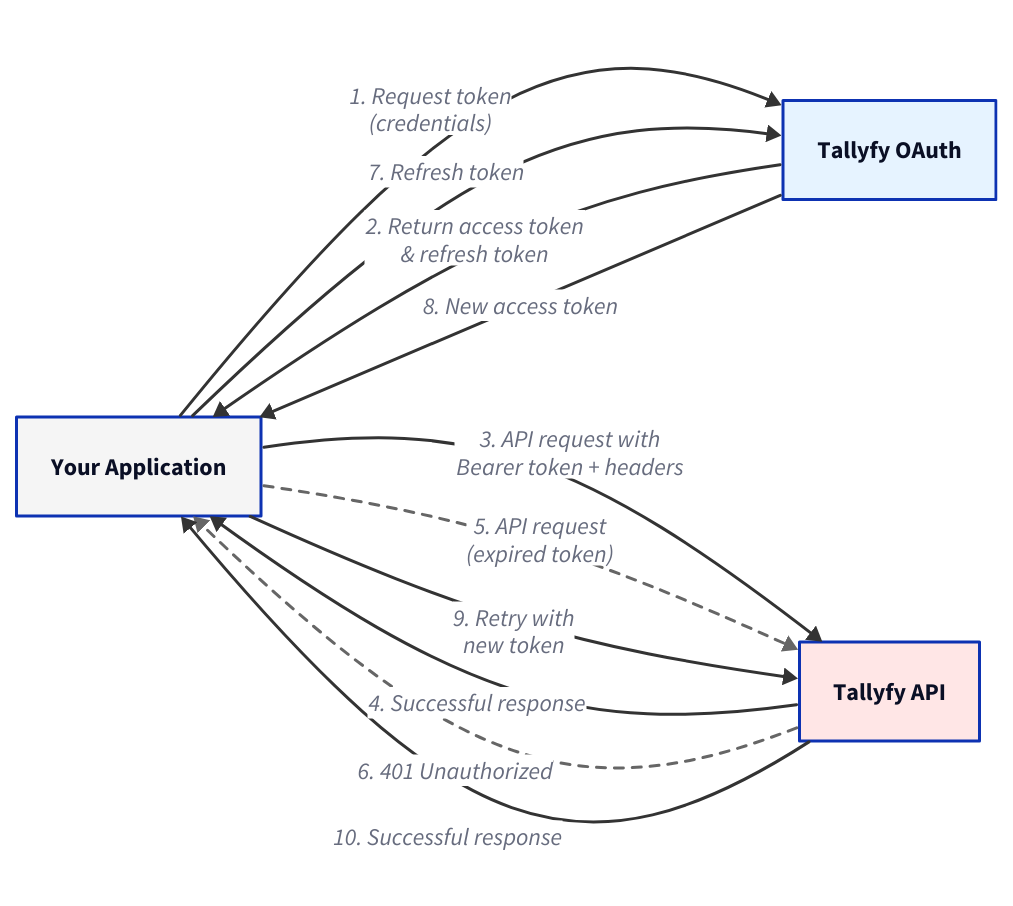
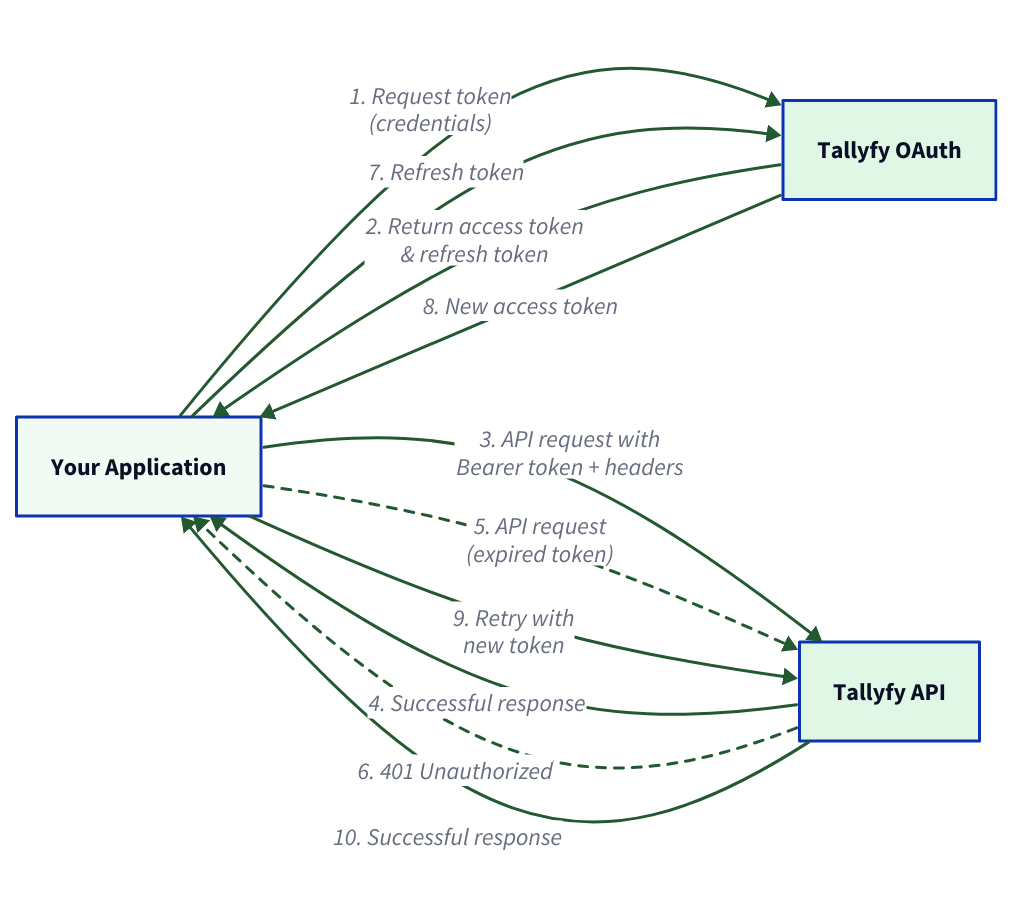
One commit to tallyfy/documentation changed the diagram in src/content/docs/pro/integrations/open-api/how-to-integrate-with-tallyfy-using-api.mdx. Above: the diagram before and after it, drawn with D2. The commit also changed 66 other files, not shown here.

````diff
--- a/src/content/docs/pro/integrations/open-api/how-to-integrate-with-tallyfy-using-api.mdx
+++ b/src/content/docs/pro/integrations/open-api/how-to-integrate-with-tallyfy-using-api.mdx
@@ -84,51 +84,51 @@
 ```d2
 direction: right
 
 App: Your Application {
   shape: rectangle
-  style.fill: "#f5f5f5"
+  style.fill: "#f2faf4"
 }
 
 Auth: Tallyfy OAuth {
   shape: rectangle
-  style.fill: "#e6f3ff"
+  style.fill: "#e1f7e6"
 }
 
 API: Tallyfy API {
   shape: rectangle
-  style.fill: "#ffe6e6"
+  style.fill: "#e1f7e6"
 }
 
 App -> Auth: "1. Request token\n(credentials)" {
-  style.stroke: "#333"
+  style.stroke: "#225930"
 }
 Auth -> App: "2. Return access token\n& refresh token" {
-  style.stroke: "#333"
+  style.stroke: "#225930"
 }
 App -> API: "3. API request with\nBearer token + headers" {
-  style.stroke: "#333"
+  style.stroke: "#225930"
 }
 API -> App: "4. Successful response" {
-  style.stroke: "#333"
+  style.stroke: "#225930"
 }
 App -> API: "5. API request\n(expired token)" {
-  style.stroke: "#666"
+  style.stroke: "#225930"
   style.stroke-dash: 3
 }
 API -> App: "6. 401 Unauthorized" {
-  style.stroke: "#666"
+  style.stroke: "#225930"
   style.stroke-dash: 3
 }
 App -> Auth: "7. Refresh token" {
-  style.stroke: "#333"
+  style.stroke: "#225930"
 }
 Auth -> App: "8. New access token" {
-  style.stroke: "#333"
+  style.stroke: "#225930"
 }
 App -> API: "9. Retry with\nnew token" {
-  style.stroke: "#333"
+  style.stroke: "#225930"
 }
 API -> App: "10. Successful response" {
-  style.stroke: "#333"
+  style.stroke: "#225930"
 }
 ```
````
